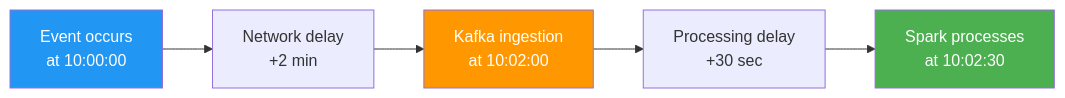
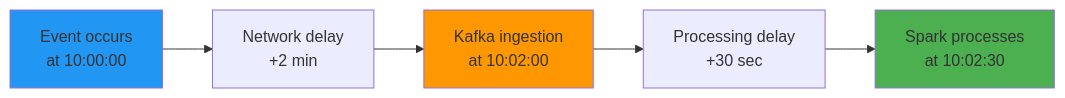
The diagram in 02-streaming-fundamentals/01-event-time-vs-processing-time.md (gcmishra7/data-engineering-helper), drawn with Mermaid before and after one commit. The commit also changed 13 other files, not shown here.

First line of the commit message:
Fix mermaid diagram visibility on GitHub

````diff
--- a/02-streaming-fundamentals/01-event-time-vs-processing-time.md
+++ b/02-streaming-fundamentals/01-event-time-vs-processing-time.md
@@ -8,9 +8,9 @@
 ```mermaid
 graph LR
     E[Event occurs<br/>at 10:00:00] --> N[Network delay<br/>+2 min] --> K[Kafka ingestion<br/>at 10:02:00]
     K --> P[Processing delay<br/>+30 sec] --> S[Spark processes<br/>at 10:02:30]
 
-    style E fill:#2196F3,color:#fff
-    style K fill:#FF9800,color:#fff
-    style S fill:#4CAF50,color:#fff
+    style E fill:#2196F3
+    style K fill:#FF9800
+    style S fill:#4CAF50
 ```
````
